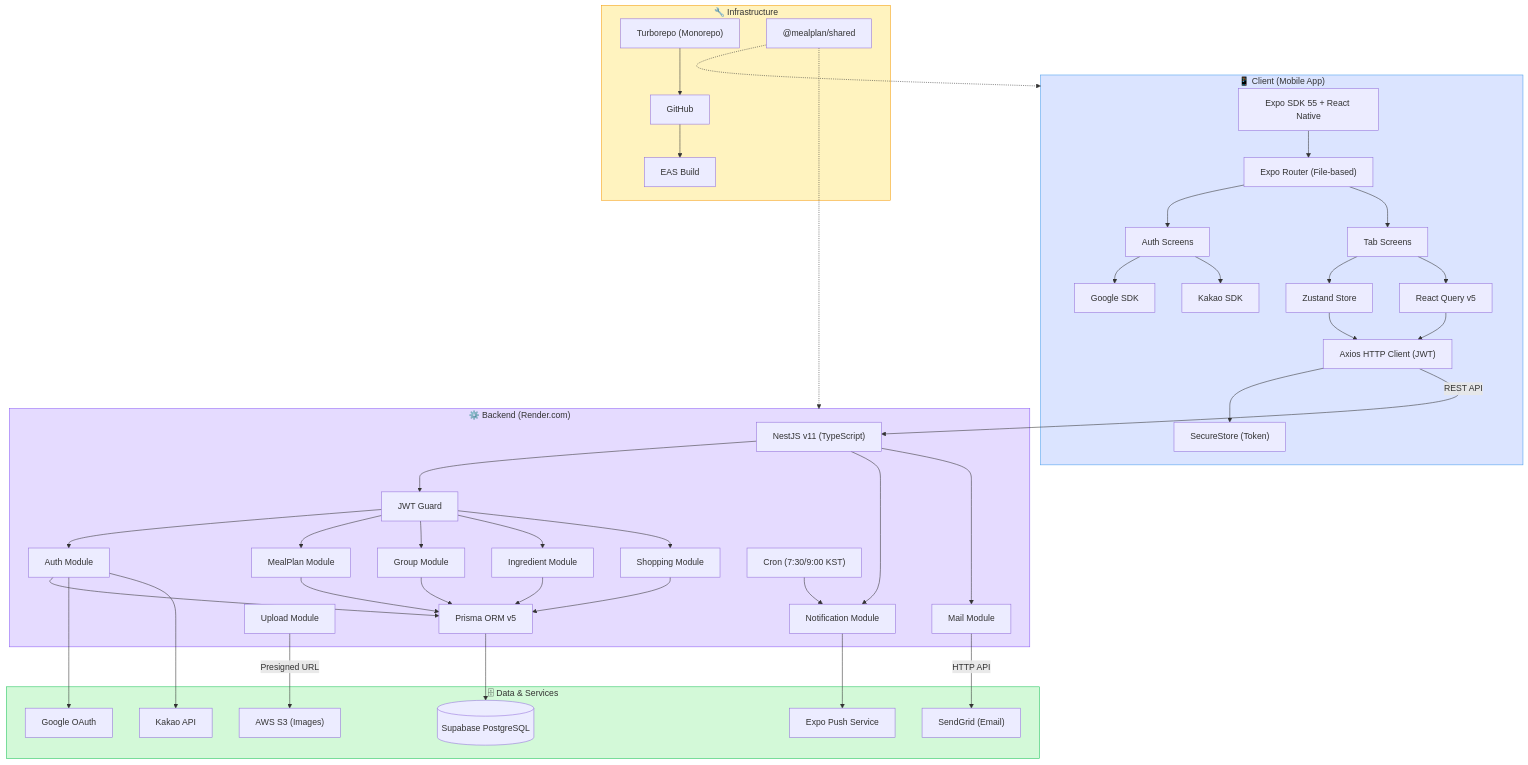
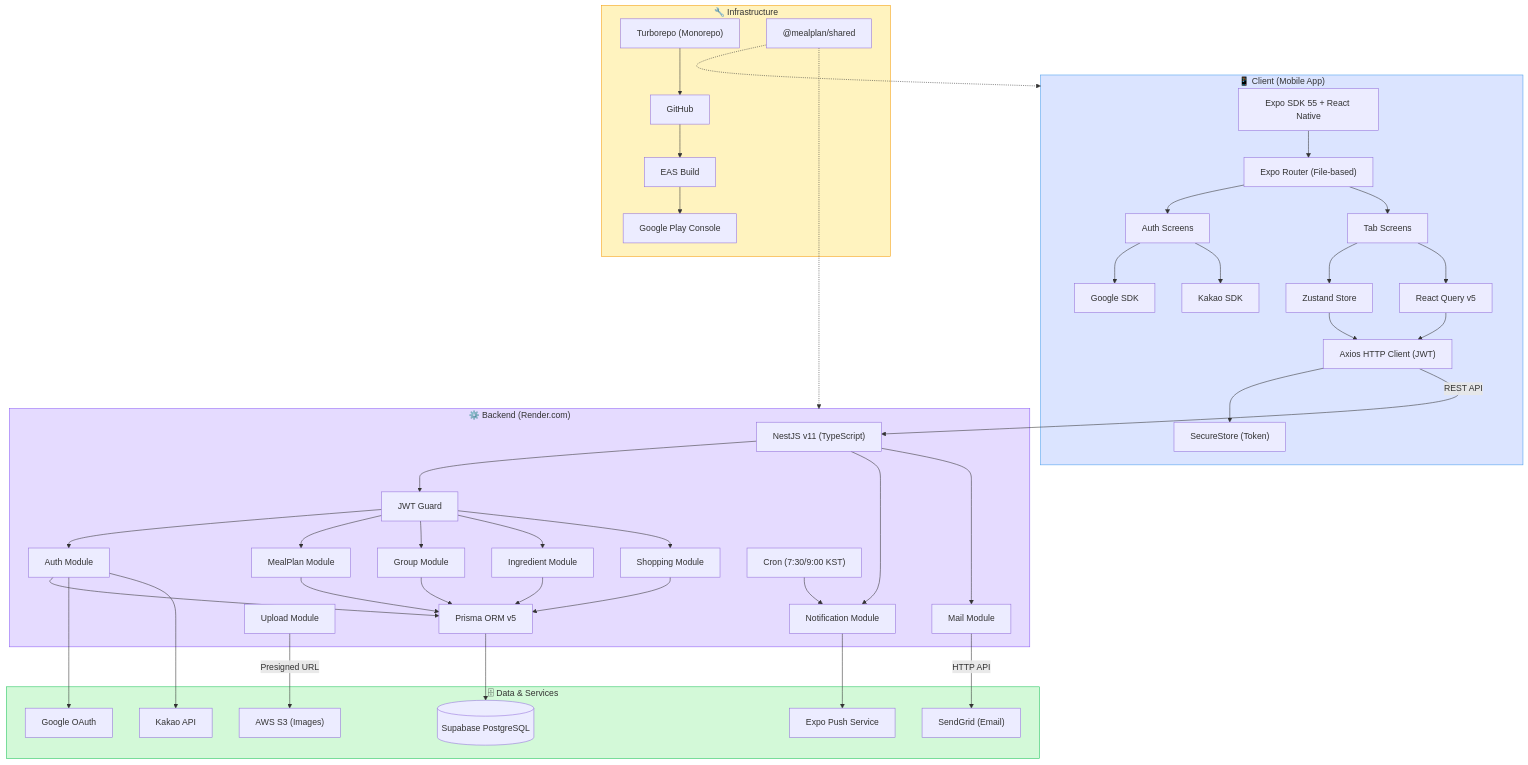
The diagram in README.md (milcho0604/MealPlanning), drawn with Mermaid before and after one commit. The commit also changed other lines of this file, not shown here.

```diff
--- a/README.md
+++ b/README.md
@@ -86,6 +76,7 @@
         SHARED["@mealplan/shared"]
         GITHUB["GitHub"]
         EAS["EAS Build"]
+        PLAY["Google Play Console"]
     end
 
     AXIOS -- "REST API" --> NEST
@@ -99,6 +90,7 @@
     SHARED -.-> Server
     TURBO --> GITHUB
     GITHUB --> EAS
+    EAS --> PLAY
 
     style Client fill:#dbe4ff,stroke:#4a9eed
     style Server fill:#e5dbff,stroke:#8b5cf6
```
